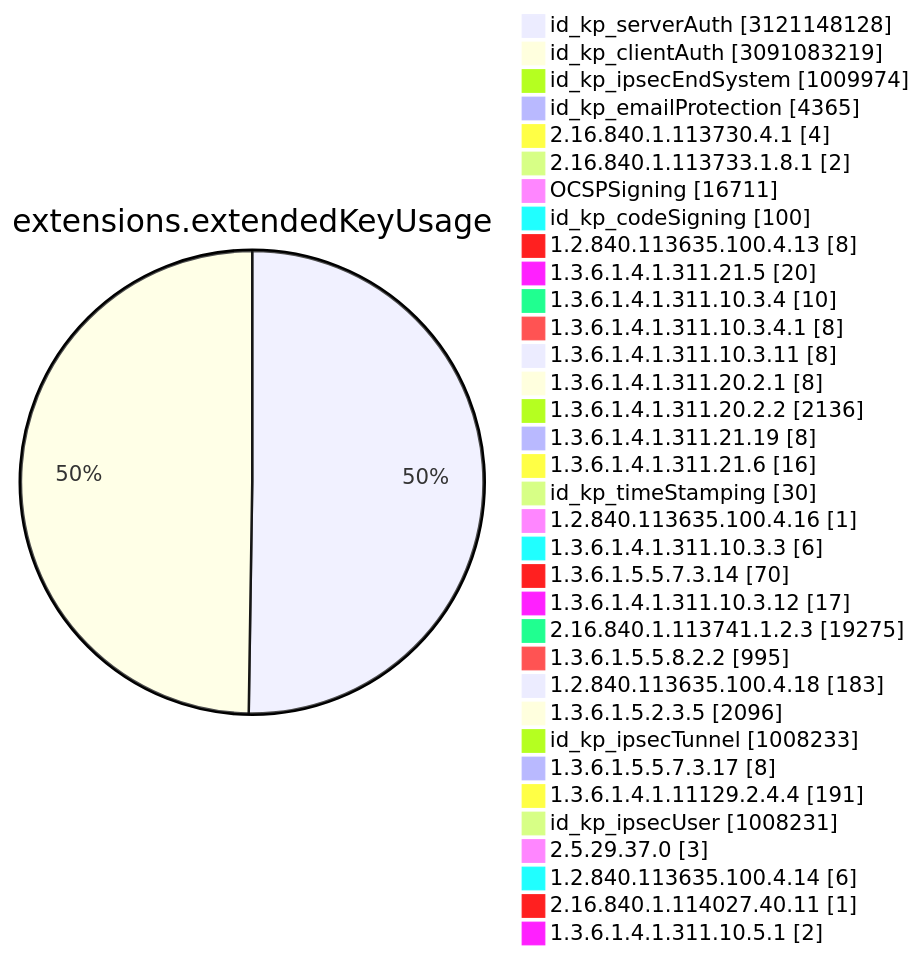
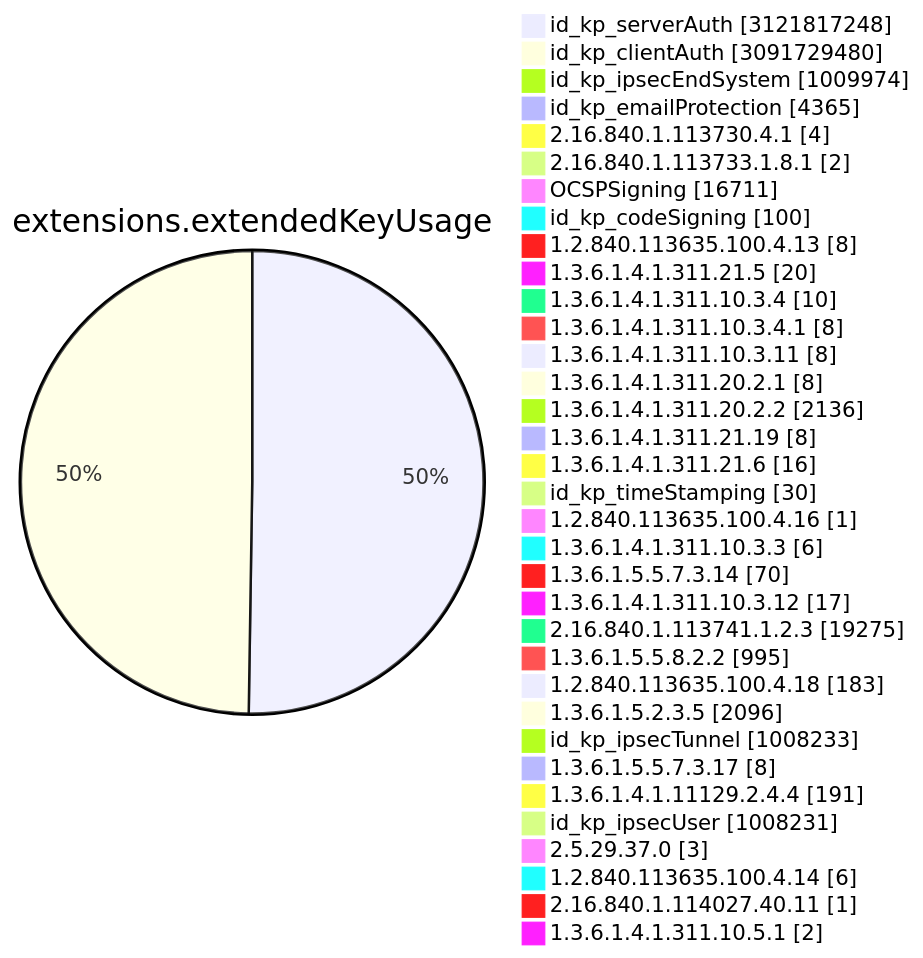
One commit to christiankrug/ctmonitor_visualization changed diagram 11 of 15 in TOTAL/README.md. Above: the diagram before and after it, drawn with Mermaid. The commit also changed other lines of this file, not shown here.

````diff
--- a/TOTAL/README.md
+++ b/TOTAL/README.md
@@ -4117,38 +4117,38 @@
 ```mermaid
 pie showData
 title extensions.extendedKeyUsage
-"id_kp_serverAuth" :3121148128
-"id_kp_clientAuth" :3091083219
+"id_kp_serverAuth" :3121817248
+"id_kp_clientAuth" :3091729480
 "id_kp_ipsecEndSystem" :1009974
 "id_kp_emailProtection" :4365
 "2.16.840.1.113730.4.1" :4
 "2.16.840.1.113733.1.8.1" :2
 "OCSPSigning" :16711
 "id_kp_codeSigning" :100
 "1.2.840.113635.100.4.13" :8
 "1.3.6.1.4.1.311.21.5" :20
 "1.3.6.1.4.1.311.10.3.4" :10
 "1.3.6.1.4.1.311.10.3.4.1" :8
 "1.3.6.1.4.1.311.10.3.11" :8
 "1.3.6.1.4.1.311.20.2.1" :8
 "1.3.6.1.4.1.311.20.2.2" :2136
 "1.3.6.1.4.1.311.21.19" :8
 "1.3.6.1.4.1.311.21.6" :16
 "id_kp_timeStamping" :30
 "1.2.840.113635.100.4.16" :1
 "1.3.6.1.4.1.311.10.3.3" :6
 "1.3.6.1.5.5.7.3.14" :70
 "1.3.6.1.4.1.311.10.3.12" :17
 "2.16.840.1.113741.1.2.3" :19275
 "1.3.6.1.5.5.8.2.2" :995
 "1.2.840.113635.100.4.18" :183
 "1.3.6.1.5.2.3.5" :2096
 "id_kp_ipsecTunnel" :1008233
 "1.3.6.1.5.5.7.3.17" :8
 "1.3.6.1.4.1.11129.2.4.4" :191
 "id_kp_ipsecUser" :1008231
 "2.5.29.37.0" :3
 "1.2.840.113635.100.4.14" :6
 "2.16.840.1.114027.40.11" :1
 "1.3.6.1.4.1.311.10.5.1" :2
 ```
````
